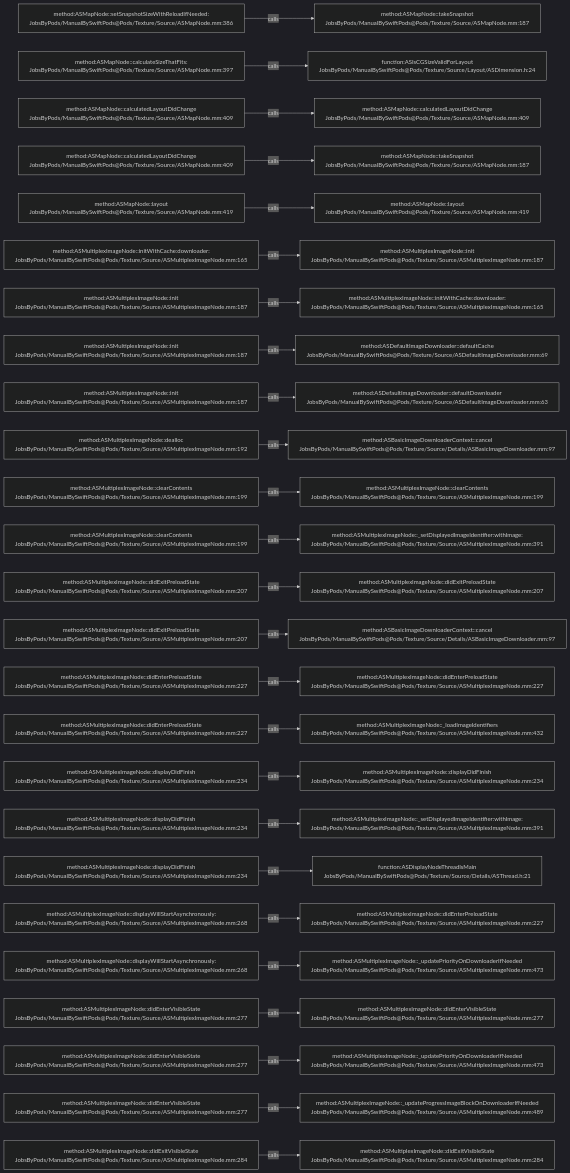
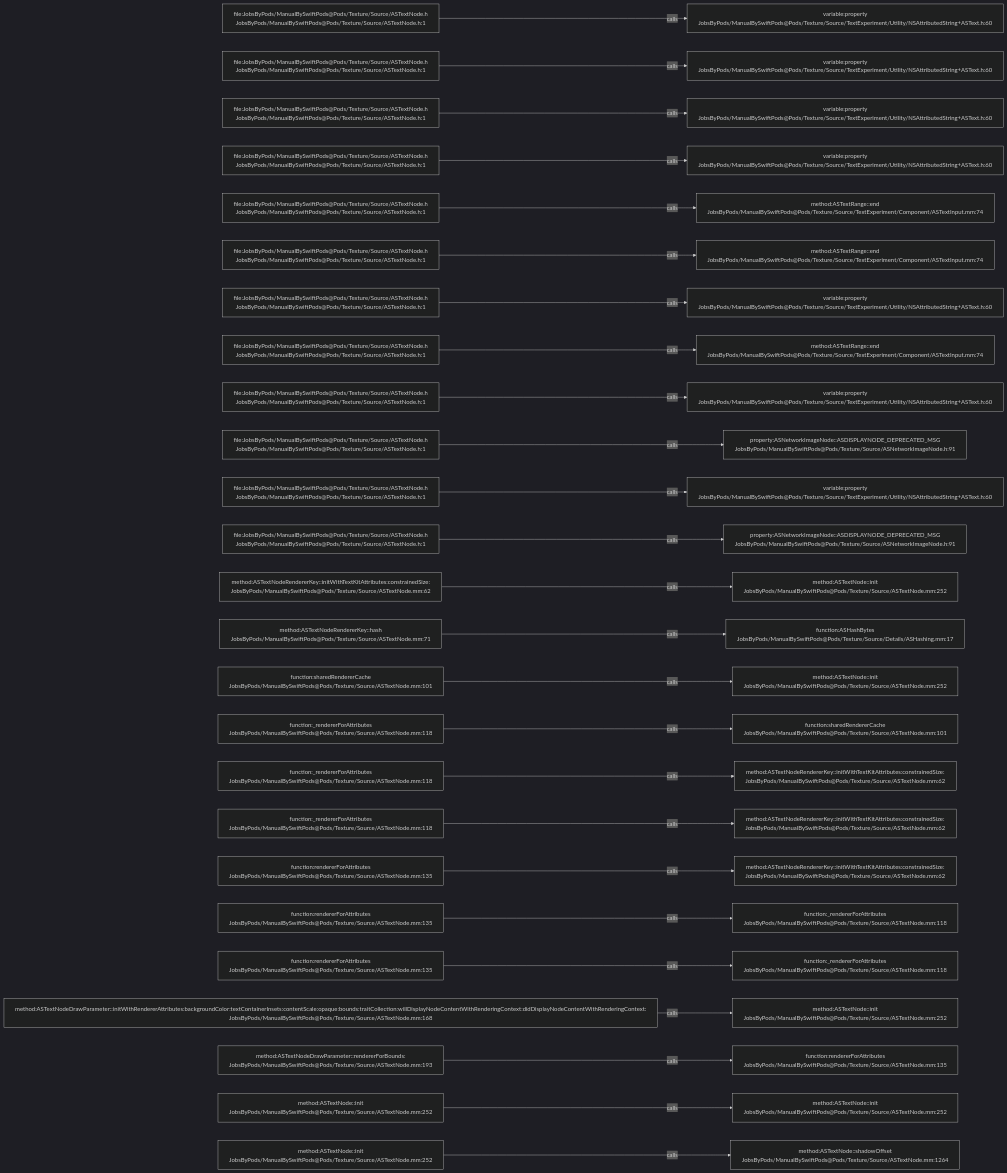
Before and after one commit to JobsKits/JobsSwiftBaseConfigDemo: the diagram in .codegraph/codegraph.md/graphs/calls-065.md, drawn with Mermaid (dark theme). The commit also changed 832 other files, not shown here.

````diff
--- a/.codegraph/codegraph.md/graphs/calls-065.md
+++ b/.codegraph/codegraph.md/graphs/calls-065.md
@@ -13,78 +13,78 @@
 ```mermaid
 flowchart LR
-  S1["method:ASMapNode::setSnapshotSizeWithReloadIfNeeded:<br/>JobsByPods/ManualBySwiftPods@Pods/Texture/Source/ASMapNode.mm:386"]
-  T1["method:ASMapNode::takeSnapshot<br/>JobsByPods/ManualBySwiftPods@Pods/Texture/Source/ASMapNode.mm:187"]
+  S1["file:JobsByPods/ManualBySwiftPods@Pods/Texture/Source/ASTextNode.h<br/>JobsByPods/ManualBySwiftPods@Pods/Texture/Source/ASTextNode.h:1"]
+  T1["variable:property<br/>JobsByPods/ManualBySwiftPods@Pods/Texture/Source/TextExperiment/Utility/NSAttributedString+ASText.h:60"]
   S1 -->|calls| T1
-  S2["method:ASMapNode::calculateSizeThatFits:<br/>JobsByPods/ManualBySwiftPods@Pods/Texture/Source/ASMapNode.mm:397"]
-  T2["function:ASIsCGSizeValidForLayout<br/>JobsByPods/ManualBySwiftPods@Pods/Texture/Source/Layout/ASDimension.h:24"]
+  S2["file:JobsByPods/ManualBySwiftPods@Pods/Texture/Source/ASTextNode.h<br/>JobsByPods/ManualBySwiftPods@Pods/Texture/Source/ASTextNode.h:1"]
+  T2["variable:property<br/>JobsByPods/ManualBySwiftPods@Pods/Texture/Source/TextExperiment/Utility/NSAttributedString+ASText.h:60"]
   S2 -->|calls| T2
-  S3["method:ASMapNode::calculatedLayoutDidChange<br/>JobsByPods/ManualBySwiftPods@Pods/Texture/Source/ASMapNode.mm:409"]
-  T3["method:ASMapNode::calculatedLayoutDidChange<br/>JobsByPods/ManualBySwiftPods@Pods/Texture/Source/ASMapNode.mm:409"]
+  S3["file:JobsByPods/ManualBySwiftPods@Pods/Texture/Source/ASTextNode.h<br/>JobsByPods/ManualBySwiftPods@Pods/Texture/Source/ASTextNode.h:1"]
+  T3["variable:property<br/>JobsByPods/ManualBySwiftPods@Pods/Texture/Source/TextExperiment/Utility/NSAttributedString+ASText.h:60"]
   S3 -->|calls| T3
-  S4["method:ASMapNode::calculatedLayoutDidChange<br/>JobsByPods/ManualBySwiftPods@Pods/Texture/Source/ASMapNode.mm:409"]
-  T4["method:ASMapNode::takeSnapshot<br/>JobsByPods/ManualBySwiftPods@Pods/Texture/Source/ASMapNode.mm:187"]
+  S4["file:JobsByPods/ManualBySwiftPods@Pods/Texture/Source/ASTextNode.h<br/>JobsByPods/ManualBySwiftPods@Pods/Texture/Source/ASTextNode.h:1"]
+  T4["variable:property<br/>JobsByPods/ManualBySwiftPods@Pods/Texture/Source/TextExperiment/Utility/NSAttributedString+ASText.h:60"]
   S4 -->|calls| T4
-  S5["method:ASMapNode::layout<br/>JobsByPods/ManualBySwiftPods@Pods/Texture/Source/ASMapNode.mm:419"]
-  T5["method:ASMapNode::layout<br/>JobsByPods/ManualBySwiftPods@Pods/Texture/Source/ASMapNode.mm:419"]
+  S5["file:JobsByPods/ManualBySwiftPods@Pods/Texture/Source/ASTextNode.h<br/>JobsByPods/ManualBySwiftPods@Pods/Texture/Source/ASTextNode.h:1"]
+  T5["method:ASTextRange::end<br/>JobsByPods/ManualBySwiftPods@Pods/Texture/Source/TextExperiment/Component/ASTextInput.mm:74"]
   S5 -->|calls| T5
-  S6["method:ASMultiplexImageNode::initWithCache:downloader:<br/>JobsByPods/ManualBySwiftPods@Pods/Texture/Source/ASMultiplexImageNode.mm:165"]
-  T6["method:ASMultiplexImageNode::init<br/>JobsByPods/ManualBySwiftPods@Pods/Texture/Source/ASMultiplexImageNode.mm:187"]
+  S6["file:JobsByPods/ManualBySwiftPods@Pods/Texture/Source/ASTextNode.h<br/>JobsByPods/ManualBySwiftPods@Pods/Texture/Source/ASTextNode.h:1"]
+  T6["method:ASTextRange::end<br/>JobsByPods/ManualBySwiftPods@Pods/Texture/Source/TextExperiment/Component/ASTextInput.mm:74"]
   S6 -->|calls| T6
-  S7["method:ASMultiplexImageNode::init<br/>JobsByPods/ManualBySwiftPods@Pods/Texture/Source/ASMultiplexImageNode.mm:187"]
-  T7["method:ASMultiplexImageNode::initWithCache:downloader:<br/>JobsByPods/ManualBySwiftPods@Pods/Texture/Source/ASMultiplexImageNode.mm:165"]
+  S7["file:JobsByPods/ManualBySwiftPods@Pods/Texture/Source/ASTextNode.h<br/>JobsByPods/ManualBySwiftPods@Pods/Texture/Source/ASTextNode.h:1"]
+  T7["variable:property<br/>JobsByPods/ManualBySwiftPods@Pods/Texture/Source/TextExperiment/Utility/NSAttributedString+ASText.h:60"]
   S7 -->|calls| T7
-  S8["method:ASMultiplexImageNode::init<br/>JobsByPods/ManualBySwiftPods@Pods/Texture/Source/ASMultiplexImageNode.mm:187"]
-  T8["method:ASDefaultImageDownloader::defaultCache<br/>JobsByPods/ManualBySwiftPods@Pods/Texture/Source/ASDefaultImageDownloader.mm:69"]
+  S8["file:JobsByPods/ManualBySwiftPods@Pods/Texture/Source/ASTextNode.h<br/>JobsByPods/ManualBySwiftPods@Pods/Texture/Source/ASTextNode.h:1"]
+  T8["method:ASTextRange::end<br/>JobsByPods/ManualBySwiftPods@Pods/Texture/Source/TextExperiment/Component/ASTextInput.mm:74"]
   S8 -->|calls| T8
-  S9["method:ASMultiplexImageNode::init<br/>JobsByPods/ManualBySwiftPods@Pods/Texture/Source/ASMultiplexImageNode.mm:187"]
-  T9["method:ASDefaultImageDownloader::defaultDownloader<br/>JobsByPods/ManualBySwiftPods@Pods/Texture/Source/ASDefaultImageDownloader.mm:63"]
+  S9["file:JobsByPods/ManualBySwiftPods@Pods/Texture/Source/ASTextNode.h<br/>JobsByPods/ManualBySwiftPods@Pods/Texture/Source/ASTextNode.h:1"]
+  T9["variable:property<br/>JobsByPods/ManualBySwiftPods@Pods/Texture/Source/TextExperiment/Utility/NSAttributedString+ASText.h:60"]
   S9 -->|calls| T9
-  S10["method:ASMultiplexImageNode::dealloc<br/>JobsByPods/ManualBySwiftPods@Pods/Texture/Source/ASMultiplexImageNode.mm:192"]
-  T10["method:ASBasicImageDownloaderContext::cancel<br/>JobsByPods/ManualBySwiftPods@Pods/Texture/Source/Details/ASBasicImageDownloader.mm:97"]
+  S10["file:JobsByPods/ManualBySwiftPods@Pods/Texture/Source/ASTextNode.h<br/>JobsByPods/ManualBySwiftPods@Pods/Texture/Source/ASTextNode.h:1"]
+  T10["property:ASNetworkImageNode::ASDISPLAYNODE_DEPRECATED_MSG<br/>JobsByPods/ManualBySwiftPods@Pods/Texture/Source/ASNetworkImageNode.h:91"]
   S10 -->|calls| T10
-  S11["method:ASMultiplexImageNode::clearContents<br/>JobsByPods/ManualBySwiftPods@Pods/Texture/Source/ASMultiplexImageNode.mm:199"]
-  T11["method:ASMultiplexImageNode::clearContents<br/>JobsByPods/ManualBySwiftPods@Pods/Texture/Source/ASMultiplexImageNode.mm:199"]
+  S11["file:JobsByPods/ManualBySwiftPods@Pods/Texture/Source/ASTextNode.h<br/>JobsByPods/ManualBySwiftPods@Pods/Texture/Source/ASTextNode.h:1"]
+  T11["variable:property<br/>JobsByPods/ManualBySwiftPods@Pods/Texture/Source/TextExperiment/Utility/NSAttributedString+ASText.h:60"]
   S11 -->|calls| T11
-  S12["method:ASMultiplexImageNode::clearContents<br/>JobsByPods/ManualBySwiftPods@Pods/Texture/Source/ASMultiplexImageNode.mm:199"]
-  T12["method:ASMultiplexImageNode::_setDisplayedImageIdentifier:withImage:<br/>JobsByPods/ManualBySwiftPods@Pods/Texture/Source/ASMultiplexImageNode.mm:391"]
+  S12["file:JobsByPods/ManualBySwiftPods@Pods/Texture/Source/ASTextNode.h<br/>JobsByPods/ManualBySwiftPods@Pods/Texture/Source/ASTextNode.h:1"]
+  T12["property:ASNetworkImageNode::ASDISPLAYNODE_DEPRECATED_MSG<br/>JobsByPods/ManualBySwiftPods@Pods/Texture/Source/ASNetworkImageNode.h:91"]
   S12 -->|calls| T12
-  S13["method:ASMultiplexImageNode::didExitPreloadState<br/>JobsByPods/ManualBySwiftPods@Pods/Texture/Source/ASMultiplexImageNode.mm:207"]
-  T13["method:ASMultiplexImageNode::didExitPreloadState<br/>JobsByPods/ManualBySwiftPods@Pods/Texture/Source/ASMultiplexImageNode.mm:207"]
+  S13["method:ASTextNodeRendererKey::initWithTextKitAttributes:constrainedSize:<br/>JobsByPods/ManualBySwiftPods@Pods/Texture/Source/ASTextNode.mm:62"]
+  T13["method:ASTextNode::init<br/>JobsByPods/ManualBySwiftPods@Pods/Texture/Source/ASTextNode.mm:252"]
   S13 -->|calls| T13
-  S14["method:ASMultiplexImageNode::didExitPreloadState<br/>JobsByPods/ManualBySwiftPods@Pods/Texture/Source/ASMultiplexImageNode.mm:207"]
-  T14["method:ASBasicImageDownloaderContext::cancel<br/>JobsByPods/ManualBySwiftPods@Pods/Texture/Source/Details/ASBasicImageDownloader.mm:97"]
+  S14["method:ASTextNodeRendererKey::hash<br/>JobsByPods/ManualBySwiftPods@Pods/Texture/Source/ASTextNode.mm:71"]
+  T14["function:ASHashBytes<br/>JobsByPods/ManualBySwiftPods@Pods/Texture/Source/Details/ASHashing.mm:17"]
   S14 -->|calls| T14
-  S15["method:ASMultiplexImageNode::didEnterPreloadState<br/>JobsByPods/ManualBySwiftPods@Pods/Texture/Source/ASMultiplexImageNode.mm:227"]
-  T15["method:ASMultiplexImageNode::didEnterPreloadState<br/>JobsByPods/ManualBySwiftPods@Pods/Texture/Source/ASMultiplexImageNode.mm:227"]
+  S15["function:sharedRendererCache<br/>JobsByPods/ManualBySwiftPods@Pods/Texture/Source/ASTextNode.mm:101"]
+  T15["method:ASTextNode::init<br/>JobsByPods/ManualBySwiftPods@Pods/Texture/Source/ASTextNode.mm:252"]
   S15 -->|calls| T15
-  S16["method:ASMultiplexImageNode::didEnterPreloadState<br/>JobsByPods/ManualBySwiftPods@Pods/Texture/Source/ASMultiplexImageNode.mm:227"]
-  T16["method:ASMultiplexImageNode::_loadImageIdentifiers<br/>JobsByPods/ManualBySwiftPods@Pods/Texture/Source/ASMultiplexImageNode.mm:432"]
+  S16["function:_rendererForAttributes<br/>JobsByPods/ManualBySwiftPods@Pods/Texture/Source/ASTextNode.mm:118"]
+  T16["function:sharedRendererCache<br/>JobsByPods/ManualBySwiftPods@Pods/Texture/Source/ASTextNode.mm:101"]
   S16 -->|calls| T16
-  S17["method:ASMultiplexImageNode::displayDidFinish<br/>JobsByPods/ManualBySwiftPods@Pods/Texture/Source/ASMultiplexImageNode.mm:234"]
-  T17["method:ASMultiplexImageNode::displayDidFinish<br/>JobsByPods/ManualBySwiftPods@Pods/Texture/Source/ASMultiplexImageNode.mm:234"]
+  S17["function:_rendererForAttributes<br/>JobsByPods/ManualBySwiftPods@Pods/Texture/Source/ASTextNode.mm:118"]
+  T17["method:ASTextNodeRendererKey::initWithTextKitAttributes:constrainedSize:<br/>JobsByPods/ManualBySwiftPods@Pods/Texture/Source/ASTextNode.mm:62"]
   S17 -->|calls| T17
-  S18["method:ASMultiplexImageNode::displayDidFinish<br/>JobsByPods/ManualBySwiftPods@Pods/Texture/Source/ASMultiplexImageNode.mm:234"]
-  T18["method:ASMultiplexImageNode::_setDisplayedImageIdentifier:withImage:<br/>JobsByPods/ManualBySwiftPods@Pods/Texture/Source/ASMultiplexImageNode.mm:391"]
+  S18["function:_rendererForAttributes<br/>JobsByPods/ManualBySwiftPods@Pods/Texture/Source/ASTextNode.mm:118"]
+  T18["method:ASTextNodeRendererKey::initWithTextKitAttributes:constrainedSize:<br/>JobsByPods/ManualBySwiftPods@Pods/Texture/Source/ASTextNode.mm:62"]
   S18 -->|calls| T18
-  S19["method:ASMultiplexImageNode::displayDidFinish<br/>JobsByPods/ManualBySwiftPods@Pods/Texture/Source/ASMultiplexImageNode.mm:234"]
-  T19["function:ASDisplayNodeThreadIsMain<br/>JobsByPods/ManualBySwiftPods@Pods/Texture/Source/Details/ASThread.h:21"]
+  S19["function:rendererForAttributes<br/>JobsByPods/ManualBySwiftPods@Pods/Texture/Source/ASTextNode.mm:135"]
+  T19["method:ASTextNodeRendererKey::initWithTextKitAttributes:constrainedSize:<br/>JobsByPods/ManualBySwiftPods@Pods/Texture/Source/ASTextNode.mm:62"]
   S19 -->|calls| T19
-  S20["method:ASMultiplexImageNode::displayWillStartAsynchronously:<br/>JobsByPods/ManualBySwiftPods@Pods/Texture/Source/ASMultiplexImageNode.mm:268"]
-  T20["method:ASMultiplexImageNode::didEnterPreloadState<br/>JobsByPods/ManualBySwiftPods@Pods/Texture/Source/ASMultiplexImageNode.mm:227"]
+  S20["function:rendererForAttributes<br/>JobsByPods/ManualBySwiftPods@Pods/Texture/Source/ASTextNode.mm:135"]
+  T20["function:_rendererForAttributes<br/>JobsByPods/ManualBySwiftPods@Pods/Texture/Source/ASTextNode.mm:118"]
   S20 -->|calls| T20
-  S21["method:ASMultiplexImageNode::displayWillStartAsynchronously:<br/>JobsByPods/ManualBySwiftPods@Pods/Texture/Source/ASMultiplexImageNode.mm:268"]
-  T21["method:ASMultiplexImageNode::_updatePriorityOnDownloaderIfNeeded<br/>JobsByPods/ManualBySwiftPods@Pods/Texture/Source/ASMultiplexImageNode.mm:473"]
+  S21["function:rendererForAttributes<br/>JobsByPods/ManualBySwiftPods@Pods/Texture/Source/ASTextNode.mm:135"]
+  T21["function:_rendererForAttributes<br/>JobsByPods/ManualBySwiftPods@Pods/Texture/Source/ASTextNode.mm:118"]
   S21 -->|calls| T21
-  S22["method:ASMultiplexImageNode::didEnterVisibleState<br/>JobsByPods/ManualBySwiftPods@Pods/Texture/Source/ASMultiplexImageNode.mm:277"]
-  T22["method:ASMultiplexImageNode::didEnterVisibleState<br/>JobsByPods/ManualBySwiftPods@Pods/Texture/Source/ASMultiplexImageNode.mm:277"]
+  S22["method:ASTextNodeDrawParameter::initWithRendererAttributes:backgroundColor:textContainerInsets:contentScale:opaque:bounds:traitCollection:willDisplayNodeContentWithRenderingContext:didDisplayNodeContentWithRenderingContext:<br/>JobsByPods/ManualBySwiftPods@Pods/Texture/Source/ASTextNode.mm:168"]
+  T22["method:ASTextNode::init<br/>JobsByPods/ManualBySwiftPods@Pods/Texture/Source/ASTextNode.mm:252"]
   S22 -->|calls| T22
-  S23["method:ASMultiplexImageNode::didEnterVisibleState<br/>JobsByPods/ManualBySwiftPods@Pods/Texture/Source/ASMultiplexImageNode.mm:277"]
-  T23["method:ASMultiplexImageNode::_updatePriorityOnDownloaderIfNeeded<br/>JobsByPods/ManualBySwiftPods@Pods/Texture/Source/ASMultiplexImageNode.mm:473"]
+  S23["method:ASTextNodeDrawParameter::rendererForBounds:<br/>JobsByPods/ManualBySwiftPods@Pods/Texture/Source/ASTextNode.mm:193"]
+  T23["function:rendererForAttributes<br/>JobsByPods/ManualBySwiftPods@Pods/Texture/Source/ASTextNode.mm:135"]
   S23 -->|calls| T23
-  S24["method:ASMultiplexImageNode::didEnterVisibleState<br/>JobsByPods/ManualBySwiftPods@Pods/Texture/Source/ASMultiplexImageNode.mm:277"]
-  T24["method:ASMultiplexImageNode::_updateProgressImageBlockOnDownloaderIfNeeded<br/>JobsByPods/ManualBySwiftPods@Pods/Texture/Source/ASMultiplexImageNode.mm:489"]
+  S24["method:ASTextNode::init<br/>JobsByPods/ManualBySwiftPods@Pods/Texture/Source/ASTextNode.mm:252"]
+  T24["method:ASTextNode::init<br/>JobsByPods/ManualBySwiftPods@Pods/Texture/Source/ASTextNode.mm:252"]
   S24 -->|calls| T24
-  S25["method:ASMultiplexImageNode::didExitVisibleState<br/>JobsByPods/ManualBySwiftPods@Pods/Texture/Source/ASMultiplexImageNode.mm:284"]
-  T25["method:ASMultiplexImageNode::didExitVisibleState<br/>JobsByPods/ManualBySwiftPods@Pods/Texture/Source/ASMultiplexImageNode.mm:284"]
+  S25["method:ASTextNode::init<br/>JobsByPods/ManualBySwiftPods@Pods/Texture/Source/ASTextNode.mm:252"]
+  T25["method:ASTextNode::shadowOffset<br/>JobsByPods/ManualBySwiftPods@Pods/Texture/Source/ASTextNode.mm:1264"]
   S25 -->|calls| T25
 ```
````
